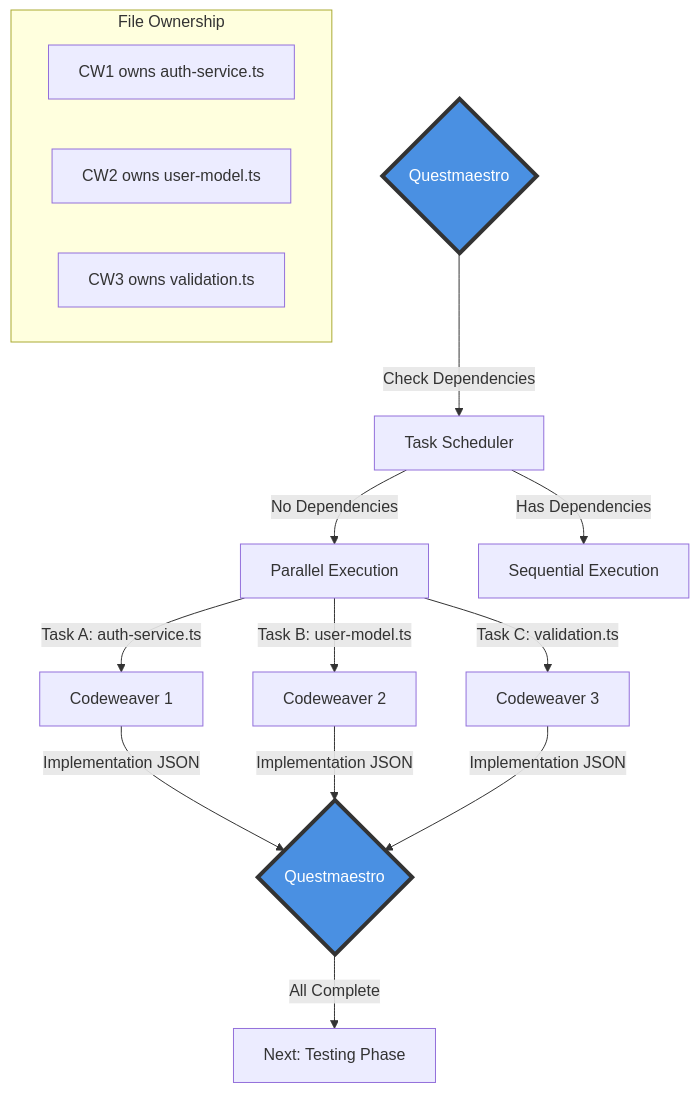
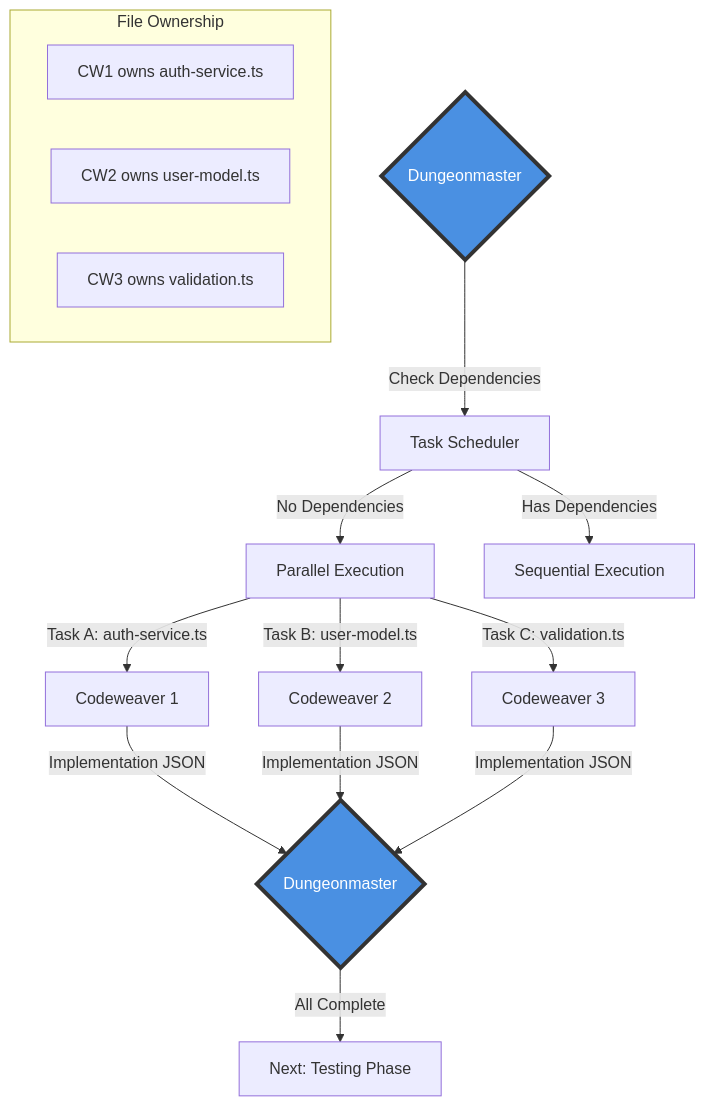
The fourth of 8 diagrams in llm-madness/framework/orchestration-flows.md (StupidIncarnate/codex-of-consentient-craft), drawn with Mermaid before and after one commit. The commit also changed other lines of this file and 364 other files, not shown here.

````diff
--- a/llm-madness/framework/orchestration-flows.md
+++ b/llm-madness/framework/orchestration-flows.md
@@ -139,26 +135,25 @@
 ```mermaid
 flowchart TD
-    QM{Questmaestro} -->|Check Dependencies| Sched[Task Scheduler]
+    QM{Dungeonmaster} -->|Check Dependencies| Sched[Task Scheduler]
     
     Sched -->|No Dependencies| Para[Parallel Execution]
     Sched -->|Has Dependencies| Seq[Sequential Execution]
     
     Para -->|Task A: auth-service.ts| CW1[Codeweaver 1]
     Para -->|Task B: user-model.ts| CW2[Codeweaver 2]
     Para -->|Task C: validation.ts| CW3[Codeweaver 3]
-    
-    CW1 -->|Implementation JSON| QM2{Questmaestro}
+    CW1 -->|Implementation JSON| QM2{Dungeonmaster}
     CW2 -->|Implementation JSON| QM2
     CW3 -->|Implementation JSON| QM2
     
     QM2 -->|All Complete| Testing[Next: Testing Phase]
     
     subgraph FileOwnership[File Ownership]
         FO1[CW1 owns auth-service.ts]
         FO2[CW2 owns user-model.ts]
         FO3[CW3 owns validation.ts]
     end
     
     style QM fill:#4a90e2,stroke:#333,stroke-width:4px,color:#fff
     style QM2 fill:#4a90e2,stroke:#333,stroke-width:4px,color:#fff
 ```
````
